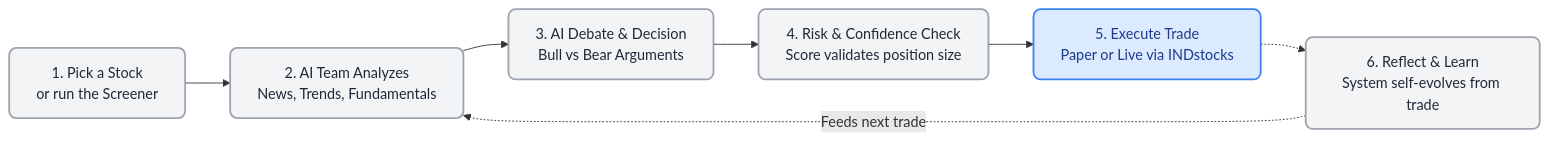
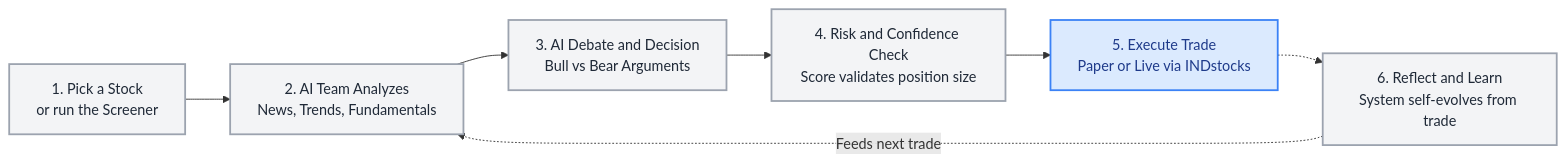
One commit to samuelvinay91/skopaqtrader changed the third of 4 diagrams in README.md. Above: the diagram before and after it, drawn with Mermaid. The commit also changed other lines of this file, not shown here.

First line of the commit message:
fix: repair all 4 Mermaid diagrams for GitHub rendering

````diff
--- a/README.md
+++ b/README.md
@@ -146,15 +141,15 @@
 ```mermaid
 flowchart LR
-    classDef step fill:#f3f4f6,stroke:#9ca3af,stroke-width:2px,color:#1f2937,rx:8px,ry:8px;
-    classDef highlight fill:#dbeafe,stroke:#3b82f6,stroke-width:2px,color:#1e3a8a,rx:8px,ry:8px;
+    classDef step fill:#f3f4f6,stroke:#9ca3af,stroke-width:2px,color:#1f2937
+    classDef highlight fill:#dbeafe,stroke:#3b82f6,stroke-width:2px,color:#1e3a8a
 
-    S1["1. Pick a Stock<br>or run the Screener"]:::step
-    S2["2. AI Team Analyzes<br>News, Trends, Fundamentals"]:::step
-    S3["3. AI Debate & Decision<br>Bull vs Bear Arguments"]:::step
-    S4["4. Risk & Confidence Check<br>Score validates position size"]:::step
-    S5["5. Execute Trade<br>Paper or Live via INDstocks"]:::highlight
-    S6["6. Reflect & Learn<br>System self-evolves from trade"]:::step
+    S1["1. Pick a Stock<br/>or run the Screener"]:::step
+    S2["2. AI Team Analyzes<br/>News, Trends, Fundamentals"]:::step
+    S3["3. AI Debate and Decision<br/>Bull vs Bear Arguments"]:::step
+    S4["4. Risk and Confidence Check<br/>Score validates position size"]:::step
+    S5["5. Execute Trade<br/>Paper or Live via INDstocks"]:::highlight
+    S6["6. Reflect and Learn<br/>System self-evolves from trade"]:::step
 
     S1 --> S2 --> S3 --> S4 --> S5 -.-> S6
     S6 -. "Feeds next trade" .-> S2
 ```
````
